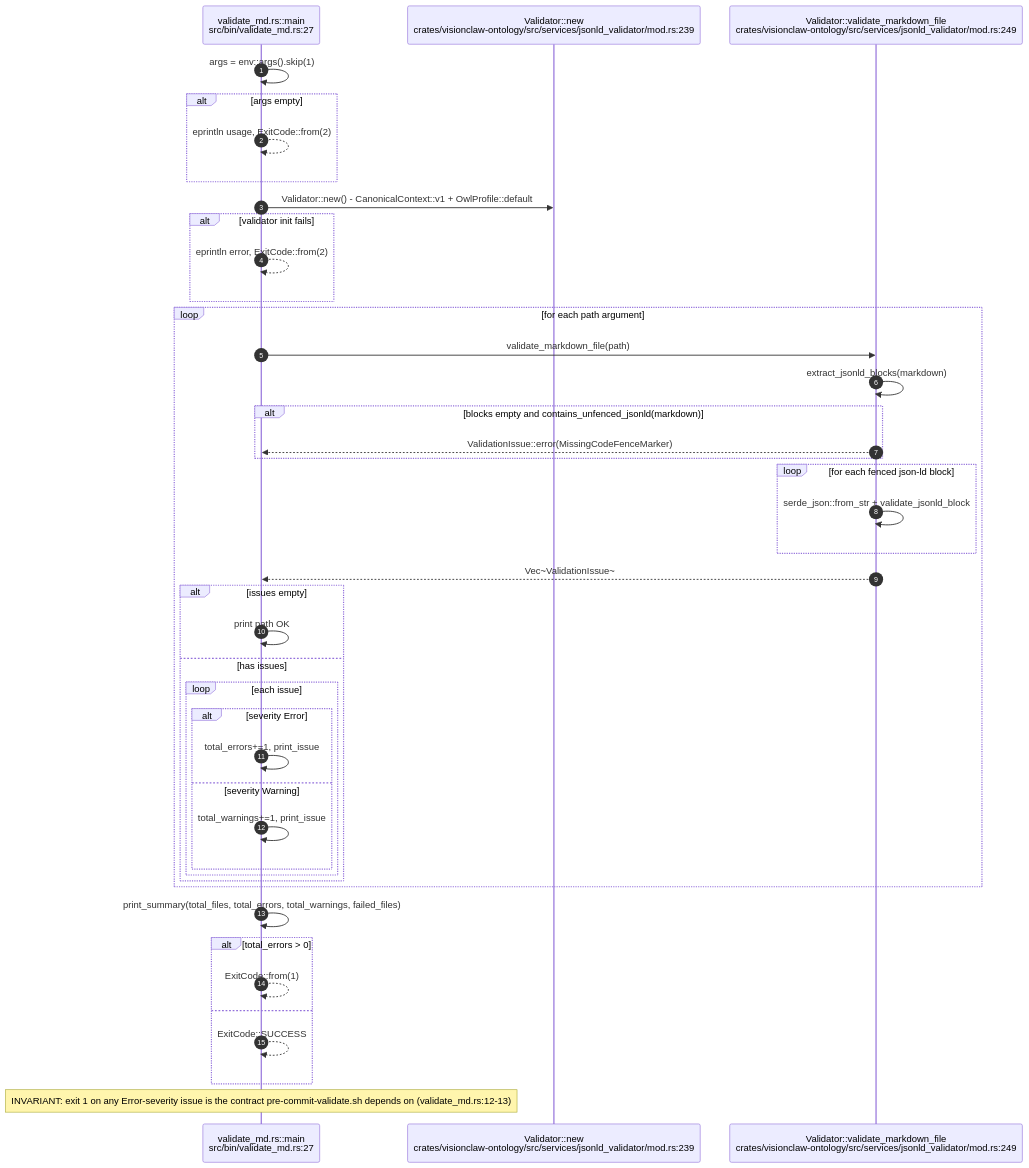
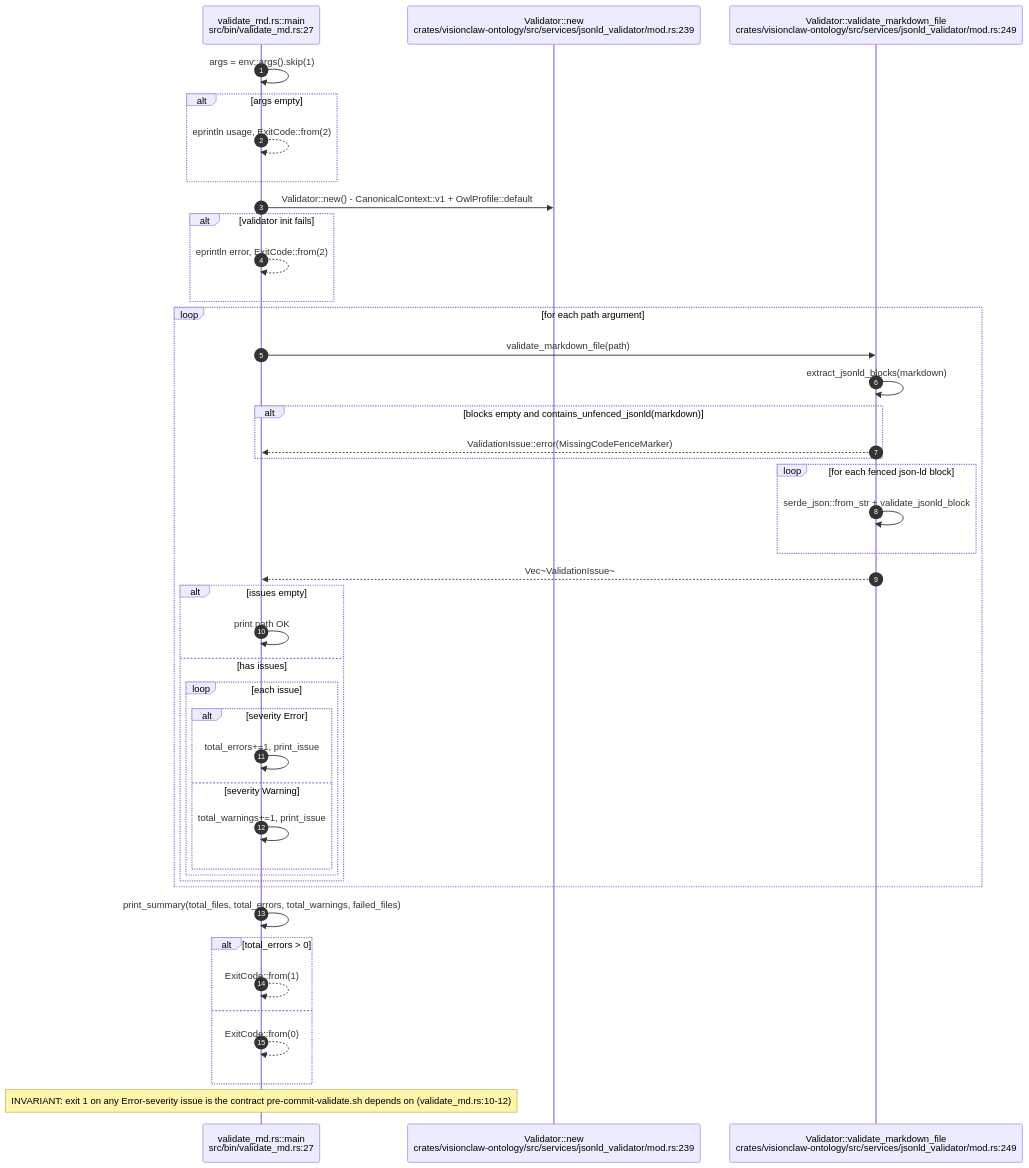
The fourth of 5 diagrams in docs/diagrams/visionclaw/21-corpus-ingest-and-vault.md (DreamLab-AI/VisionFlow), drawn with Mermaid before and after one commit. The commit also changed other lines of this file and 136 other files, not shown here.

First line of the commit message:
docs(diagrams): refresh the whole corpus to code HEAD and prune low-value diagrams

````diff
--- a/docs/diagrams/visionclaw/21-corpus-ingest-and-vault.md
+++ b/docs/diagrams/visionclaw/21-corpus-ingest-and-vault.md
@@ -251,45 +161,45 @@
 ```mermaid
 sequenceDiagram
     autonumber
     participant Main as validate_md.rs::main<br/>src/bin/validate_md.rs:27
     participant V as Validator::new<br/>crates/visionclaw-ontology/src/services/jsonld_validator/mod.rs:239
     participant VF as Validator::validate_markdown_file<br/>crates/visionclaw-ontology/src/services/jsonld_validator/mod.rs:249
 
     Main->>Main: args = env::args().skip(1)
     alt args empty
         Main-->>Main: eprintln usage, ExitCode::from(2)
     end
     Main->>V: Validator::new() - CanonicalContext::v1 + OwlProfile::default
     alt validator init fails
         Main-->>Main: eprintln error, ExitCode::from(2)
     end
     loop for each path argument
         Main->>VF: validate_markdown_file(path)
         VF->>VF: extract_jsonld_blocks(markdown)
         alt blocks empty and contains_unfenced_jsonld(markdown)
             VF-->>Main: ValidationIssue::error(MissingCodeFenceMarker)
         end
         loop for each fenced json-ld block
             VF->>VF: serde_json::from_str + validate_jsonld_block
         end
         VF-->>Main: Vec~ValidationIssue~
         alt issues empty
             Main->>Main: print path OK
         else has issues
             loop each issue
                 alt severity Error
                     Main->>Main: total_errors+=1, print_issue
                 else severity Warning
                     Main->>Main: total_warnings+=1, print_issue
                 end
             end
         end
     end
     Main->>Main: print_summary(total_files, total_errors, total_warnings, failed_files)
     alt total_errors > 0
         Main-->>Main: ExitCode::from(1)
     else
-        Main-->>Main: ExitCode::SUCCESS
+        Main-->>Main: ExitCode::from(0)
     end
-    Note over Main: INVARIANT: exit 1 on any Error-severity issue is the contract pre-commit-validate.sh depends on (validate_md.rs:12-13)
+    Note over Main: INVARIANT: exit 1 on any Error-severity issue is the contract pre-commit-validate.sh depends on (validate_md.rs:10-12)
 ```
````
